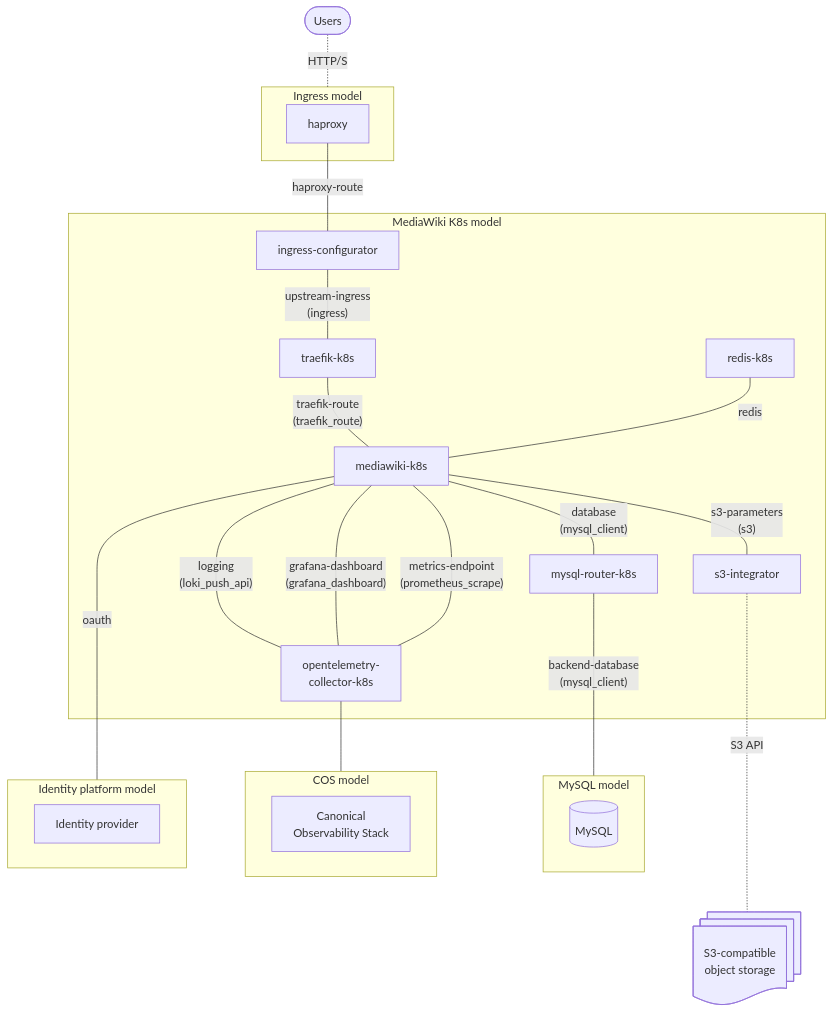
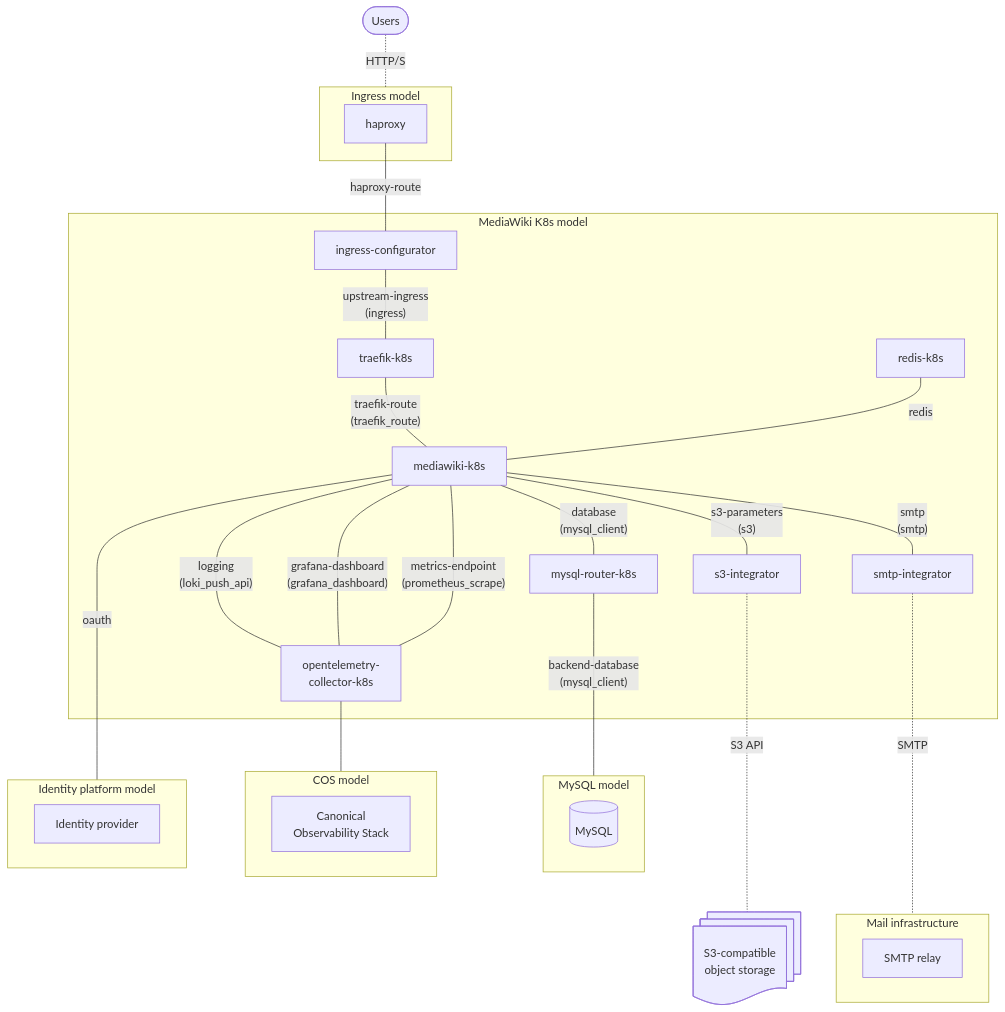
One commit to canonical/mediawiki-k8s-operator changed the diagram in docs/reference/high-level-deployment.rst. Above: the diagram before and after it, drawn with Mermaid. The commit also changed other lines of this file and 3 other files, not shown here.

```diff
--- a/docs/reference/high-level-deployment.rst
+++ b/docs/reference/high-level-deployment.rst
@@ -15,48 +15,55 @@
 .. mermaid::
    :name: deployment-diagram
 
    flowchart TB
       Users(["Users"])
 
       S3@{ shape: docs, label: "S3-compatible<br/>object storage"}
 
       subgraph ExternalIngress["Ingress model"]
          Ingress["haproxy"]
       end
 
       subgraph ExternalMySQL["MySQL model"]
          MySQL[("MySQL")]
       end
 
       subgraph ExternalCOS["COS model"]
          COS["Canonical<br/>Observability Stack"]
       end
 
       subgraph ExternalIdentity["Identity platform model"]
          Identity["Identity provider"]
       end
 
+      subgraph ExternalSMTP["Mail infrastructure"]
+        SMTPRelay["SMTP relay"]
+      end
+
       subgraph K8sModel["MediaWiki K8s model"]
          Traefik["traefik-k8s"]
          IngressConfig["ingress-configurator"]
          MediaWiki["mediawiki-k8s"]
          MySQLRouter["mysql-router-k8s"]
          Redis["redis-k8s"]
          S3Int["s3-integrator"]
+         SMTPInt["smtp-integrator"]
          OtelCol["opentelemetry-<br/>collector-k8s"]
 
          IngressConfig ---|"upstream-ingress<br/>(ingress)"| Traefik ---|"traefik-route<br/>(traefik_route)"| MediaWiki
          Redis ---|"redis"| MediaWiki
          MediaWiki ---|"database<br/>(mysql_client)"| MySQLRouter
          MediaWiki ---|"s3-parameters<br/>(s3)"| S3Int
+         MediaWiki ---|"smtp<br/>(smtp)"| SMTPInt
          MediaWiki ----|"logging<br/>(loki_push_api)"| OtelCol
          MediaWiki ----|"grafana-dashboard<br/>(grafana_dashboard)"| OtelCol
          MediaWiki ----|"metrics-endpoint<br/>(prometheus_scrape)"| OtelCol
       end
 
       Users -.-|"HTTP/S"| ExternalIngress
       Ingress ---|"haproxy-route"| IngressConfig
       MySQLRouter ----|"backend-database<br/>(mysql_client)"| ExternalMySQL
       OtelCol --- ExternalCOS
       MediaWiki -----|"oauth"| ExternalIdentity
       S3Int -...-|"S3 API"| S3
+      SMTPInt -...-|"SMTP"| ExternalSMTP
```
